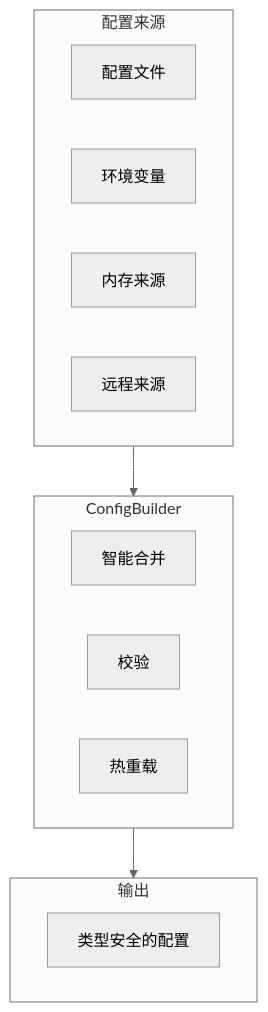
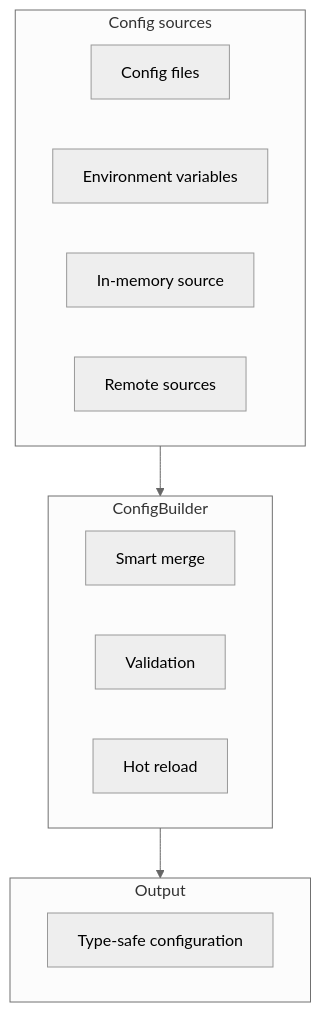
One commit to Kirky-X/confers changed the first of 3 diagrams in docs/en/API_REFERENCE.md. Above: the diagram before and after it, drawn with Mermaid (neutral theme). The commit also changed other lines of this file and 16 other files, not shown here.

````diff
--- a/docs/en/API_REFERENCE.md
+++ b/docs/en/API_REFERENCE.md
@@ -41,22 +41,22 @@
 ```mermaid
 graph TB
-    subgraph Sources ["配置来源"]
-        A["配置文件"]
-        B["环境变量"]
-        C["内存来源"]
-        D["远程来源"]
+    subgraph Sources ["Config sources"]
+        A["Config files"]
+        B["Environment variables"]
+        C["In-memory source"]
+        D["Remote sources"]
     end
 
     subgraph Loader ["ConfigBuilder"]
-        E["智能合并"]
-        F["校验"]
-        G["热重载"]
+        E["Smart merge"]
+        F["Validation"]
+        G["Hot reload"]
     end
 
-    subgraph Output ["输出"]
-        H["类型安全的配置"]
+    subgraph Output ["Output"]
+        H["Type-safe configuration"]
     end
 
     Sources --> Loader
     Loader --> Output
 ```
````
